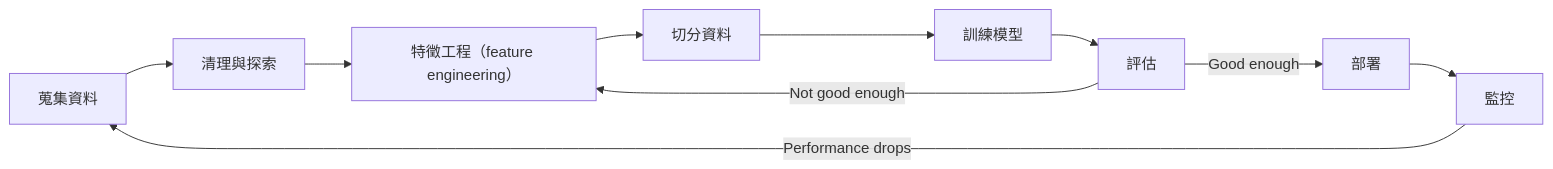
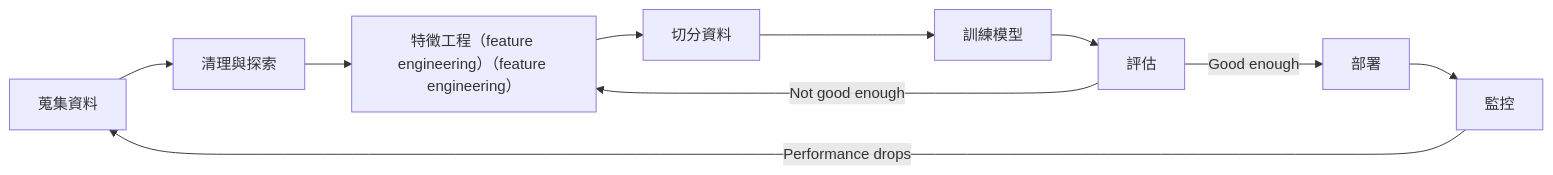
One commit to edward821220/ai-engineering-from-scratch changed the third of 6 diagrams in i18n/zh-TW/phases/02-ml-fundamentals/01-what-is-machine-learning/docs/zh-TW.md. Above: the diagram before and after it, drawn with Mermaid. The commit also changed other lines of this file and 197 other files, not shown here.

````diff
--- a/i18n/zh-TW/phases/02-ml-fundamentals/01-what-is-machine-learning/docs/zh-TW.md
+++ b/i18n/zh-TW/phases/02-ml-fundamentals/01-what-is-machine-learning/docs/zh-TW.md
@@ -124,12 +124,12 @@
 ```mermaid
 flowchart LR
     A[蒐集資料] --> B[清理與探索]
-    B --> C[特徵工程（feature engineering）]
+    B --> C[特徵工程（feature engineering）（feature engineering）]
     C --> D[切分資料]
     D --> E[訓練模型]
     E --> F[評估]
     F -->|Not good enough| C
     F -->|Good enough| G[部署]
     G --> H[監控]
     H -->|Performance drops| A
 ```
````
